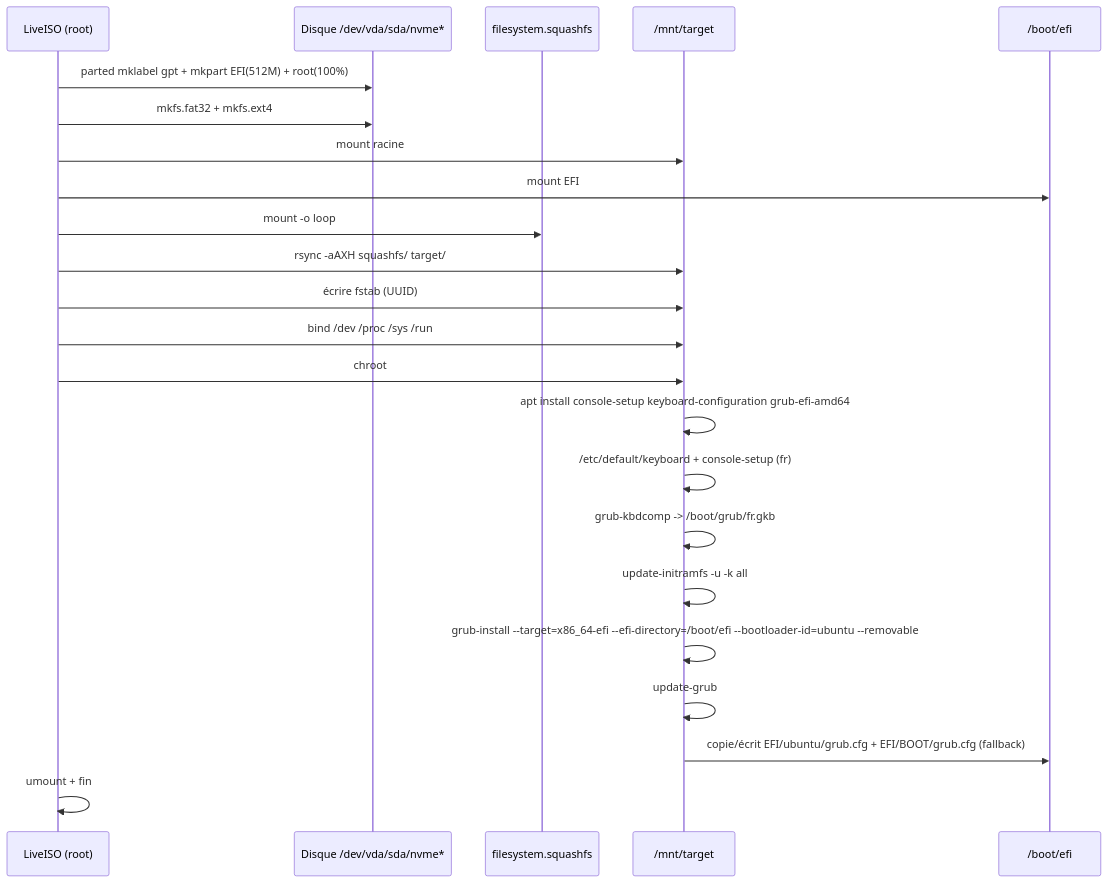
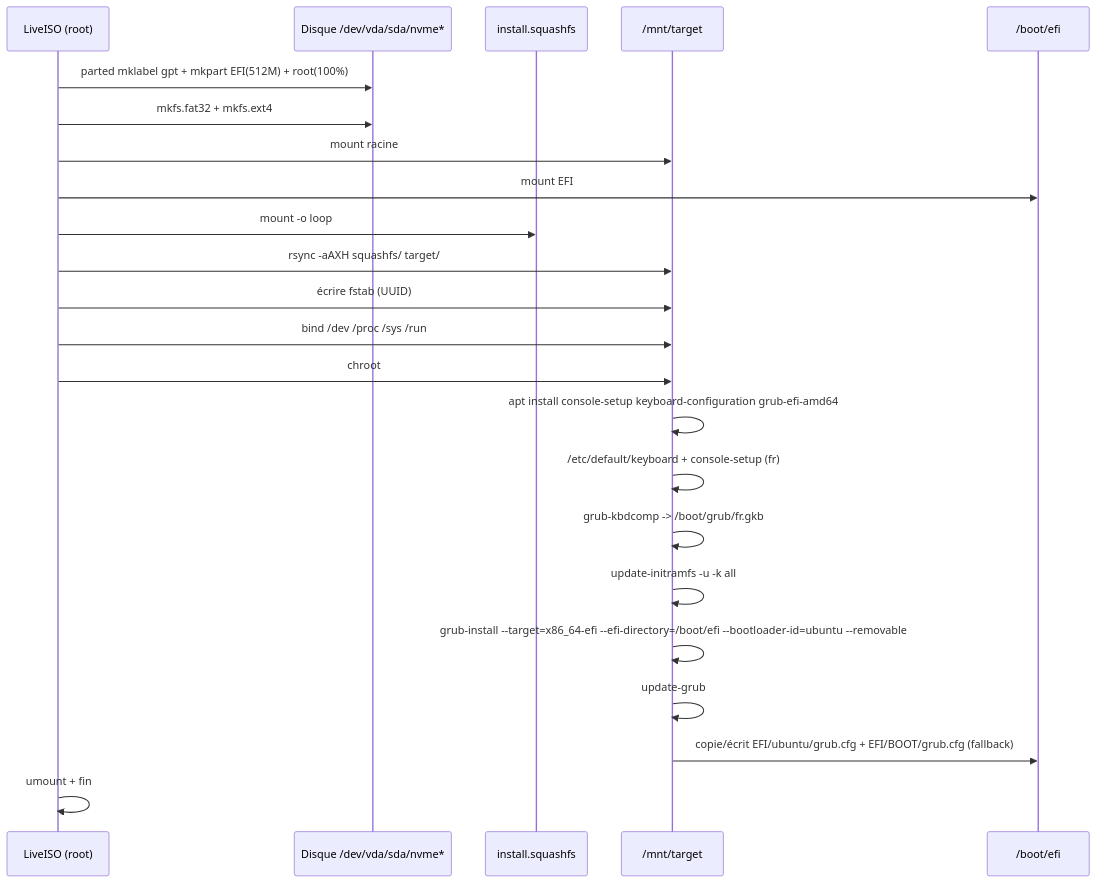
Before and after one commit to FlorianSoler/docker2iso: the third of 3 diagrams in README.md, drawn with Mermaid. The commit also changed other lines of this file and 7 other files, not shown here.

````diff
--- a/README.md
+++ b/README.md
@@ -60,26 +68,26 @@
 ```mermaid
 sequenceDiagram
   participant Live as LiveISO (root)
   participant Disk as Disque /dev/vda/sda/nvme*
-  participant FS as filesystem.squashfs
+  participant FS as install.squashfs
   participant Target as /mnt/target
   participant ESP as /boot/efi
 
   Live->>Disk: parted mklabel gpt + mkpart EFI(512M) + root(100%)
   Live->>Disk: mkfs.fat32 + mkfs.ext4
   Live->>Target: mount racine
   Live->>ESP: mount EFI
   Live->>FS: mount -o loop
   Live->>Target: rsync -aAXH squashfs/ target/
   Live->>Target: écrire fstab (UUID)
   Live->>Target: bind /dev /proc /sys /run
   Live->>Target: chroot
   Target->>Target: apt install console-setup keyboard-configuration grub-efi-amd64
   Target->>Target: /etc/default/keyboard + console-setup (fr)
   Target->>Target: grub-kbdcomp -> /boot/grub/fr.gkb
   Target->>Target: update-initramfs -u -k all
   Target->>Target: grub-install --target=x86_64-efi --efi-directory=/boot/efi --bootloader-id=ubuntu --removable
   Target->>Target: update-grub
   Target->>ESP: copie/écrit EFI/ubuntu/grub.cfg + EFI/BOOT/grub.cfg (fallback)
   Live->>Live: umount + fin
 ```
````
